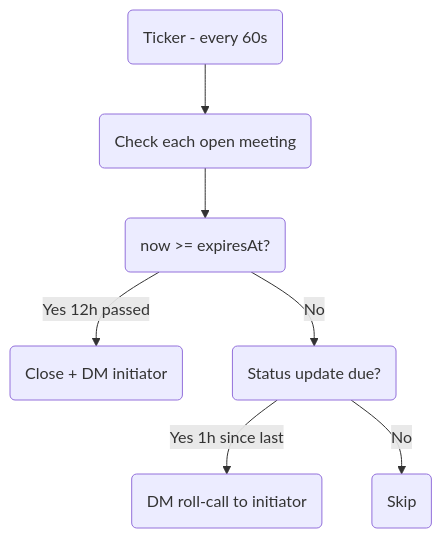
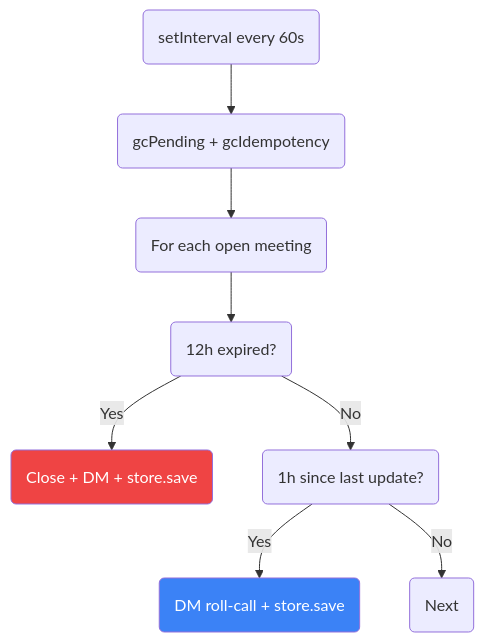
Diagram 12 of 13 in README.md (javana3/claw_meeting_all), drawn with Mermaid before and after one commit. The commit also changed other lines of this file and 4 other files, not shown here.

First line of the commit message:
docs: rewrite all 5 READMEs with detailed Plugin/Skill flow + diff

````diff
--- a/README.md
+++ b/README.md
@@ -157,9 +365,13 @@
 ```mermaid
 graph TD
-    A(Ticker - every 60s) --> B(Check each open meeting)
-    B --> C(now >= expiresAt?)
-    C -->|Yes 12h passed| D(Close + DM initiator)
-    C -->|No| E(Status update due?)
-    E -->|Yes 1h since last| F(DM roll-call to initiator)
-    E -->|No| G(Skip)
+    TICK(setInterval every 60s) --> GC(gcPending + gcIdempotency)
+    GC --> LOOP(For each open meeting)
+    LOOP --> EXP(12h expired?)
+    EXP -->|Yes| CLOSE(Close + DM + store.save)
+    EXP -->|No| STATUS(1h since last update?)
+    STATUS -->|Yes| DM(DM roll-call + store.save)
+    STATUS -->|No| NEXT(Next)
+
+    style CLOSE fill:#ef4444,color:#fff
+    style DM fill:#3b82f6,color:#fff
 ```
````
